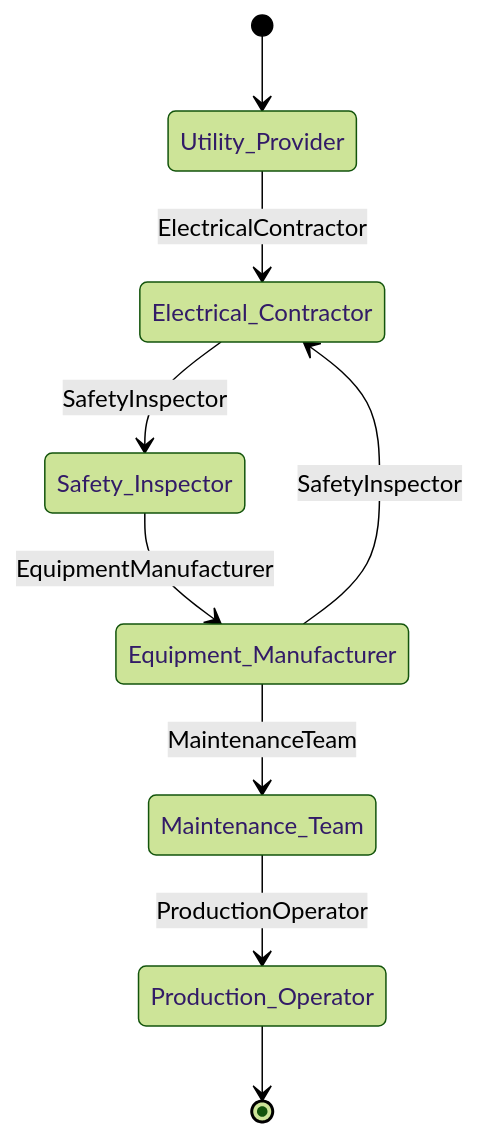
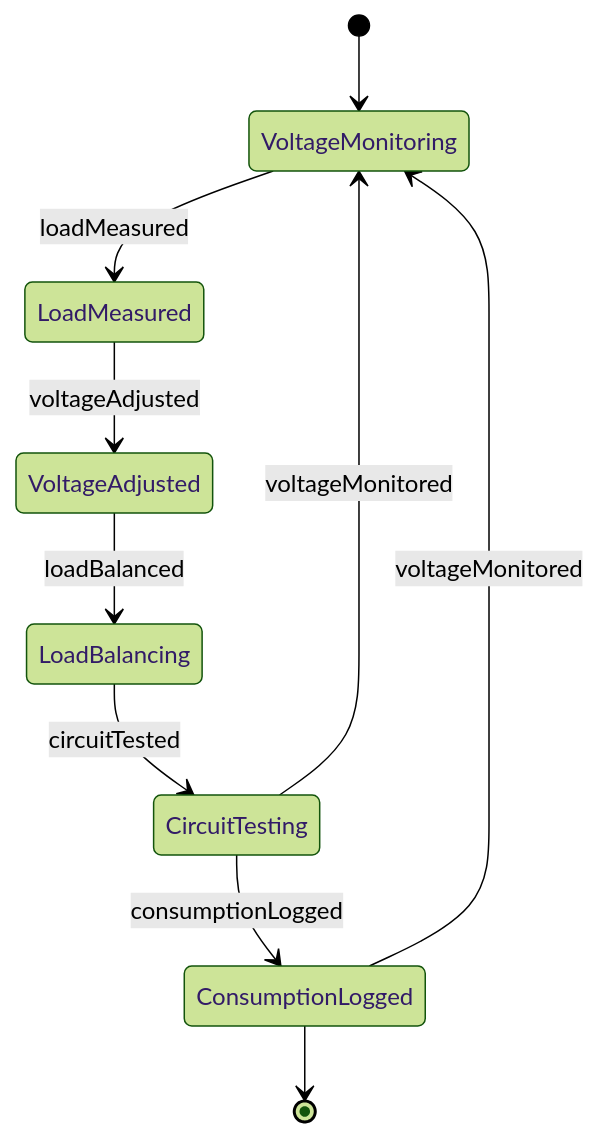
One commit to dot-org-ai/tasks.org.ai changed the second of 4 diagrams in HandlingAndMovingObjects/AdjustEquipmentToEnsureAdequatePerformance/AdjustFlowElectricityToolsProduction.mdx. Above: the diagram before and after it, drawn with Mermaid (forest theme). The commit also changed other lines of this file and 40 other files, not shown here.

First line of the commit message:
fix: Replace Actor-based ER and State diagrams with Entity/Event-based diagrams in 41 HandlingAndMovingObjects DWA files

````diff
--- a/HandlingAndMovingObjects/AdjustEquipmentToEnsureAdequatePerformance/AdjustFlowElectricityToolsProduction.mdx
+++ b/HandlingAndMovingObjects/AdjustEquipmentToEnsureAdequatePerformance/AdjustFlowElectricityToolsProduction.mdx
@@ -99,11 +97,12 @@
 ```mermaid
 stateDiagram-v2
-    [*] --> Utility_Provider
-    Utility_Provider --> Electrical_Contractor: ElectricalContractor
-    Electrical_Contractor --> Safety_Inspector: SafetyInspector
-    Safety_Inspector --> Equipment_Manufacturer: EquipmentManufacturer
-    Equipment_Manufacturer --> Maintenance_Team: MaintenanceTeam
-    Maintenance_Team --> Production_Operator: ProductionOperator
-    Equipment_Manufacturer --> Electrical_Contractor: SafetyInspector
-    Production_Operator --> [*]
+    [*] --> VoltageMonitoring
+    VoltageMonitoring --> LoadMeasured : loadMeasured
+    LoadMeasured --> VoltageAdjusted : voltageAdjusted
+    VoltageAdjusted --> LoadBalancing : loadBalanced
+    LoadBalancing --> CircuitTesting : circuitTested
+    CircuitTesting --> ConsumptionLogged : consumptionLogged
+    CircuitTesting --> VoltageMonitoring : voltageMonitored
+    ConsumptionLogged --> VoltageMonitoring : voltageMonitored
+    ConsumptionLogged --> [*]
 ```
````
